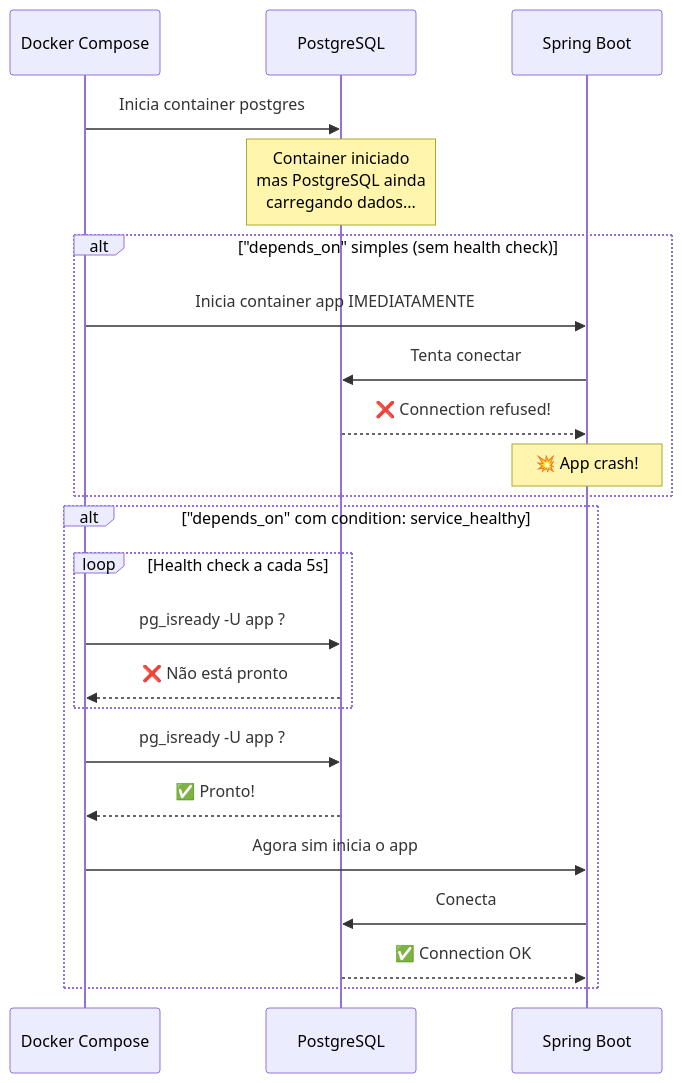
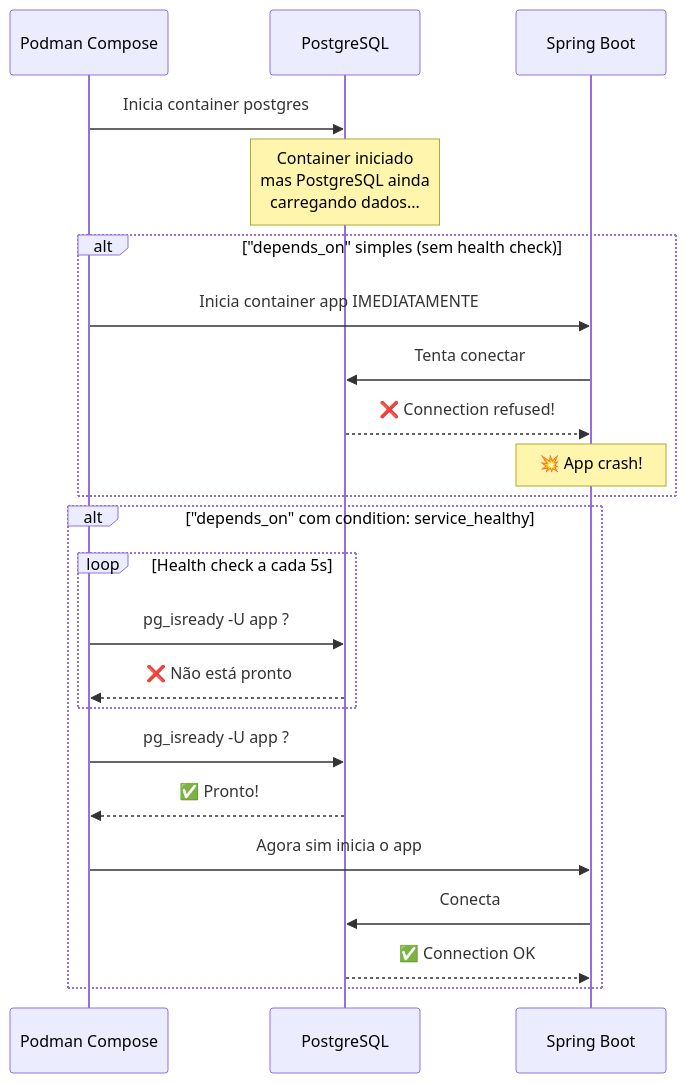
The second of 4 diagrams in dia-07/slide-04.md (deusemarjunior/trein-java-intermed), drawn with Mermaid before and after one commit. The commit also changed other lines of this file and 100 other files, not shown here.

Commit message:
removendo docker adicionando podman

````diff
--- a/dia-07/slide-04.md
+++ b/dia-07/slide-04.md
@@ -168,28 +168,28 @@
 ```mermaid
 sequenceDiagram
-    participant DC as Docker Compose
+    participant DC as Podman Compose
     participant PG as PostgreSQL
     participant APP as Spring Boot
 
     DC->>PG: Inicia container postgres
     Note over PG: Container iniciado<br/>mas PostgreSQL ainda<br/>carregando dados...
 
     alt "depends_on" simples (sem health check)
         DC->>APP: Inicia container app IMEDIATAMENTE
         APP->>PG: Tenta conectar
         PG-->>APP: ❌ Connection refused!
         Note over APP: 💥 App crash!
     end
 
     alt "depends_on" com condition: service_healthy
         loop Health check a cada 5s
             DC->>PG: pg_isready -U app ?
             PG-->>DC: ❌ Não está pronto
         end
         DC->>PG: pg_isready -U app ?
         PG-->>DC: ✅ Pronto!
         DC->>APP: Agora sim inicia o app
         APP->>PG: Conecta
         PG-->>APP: ✅ Connection OK
     end
 ```
````
